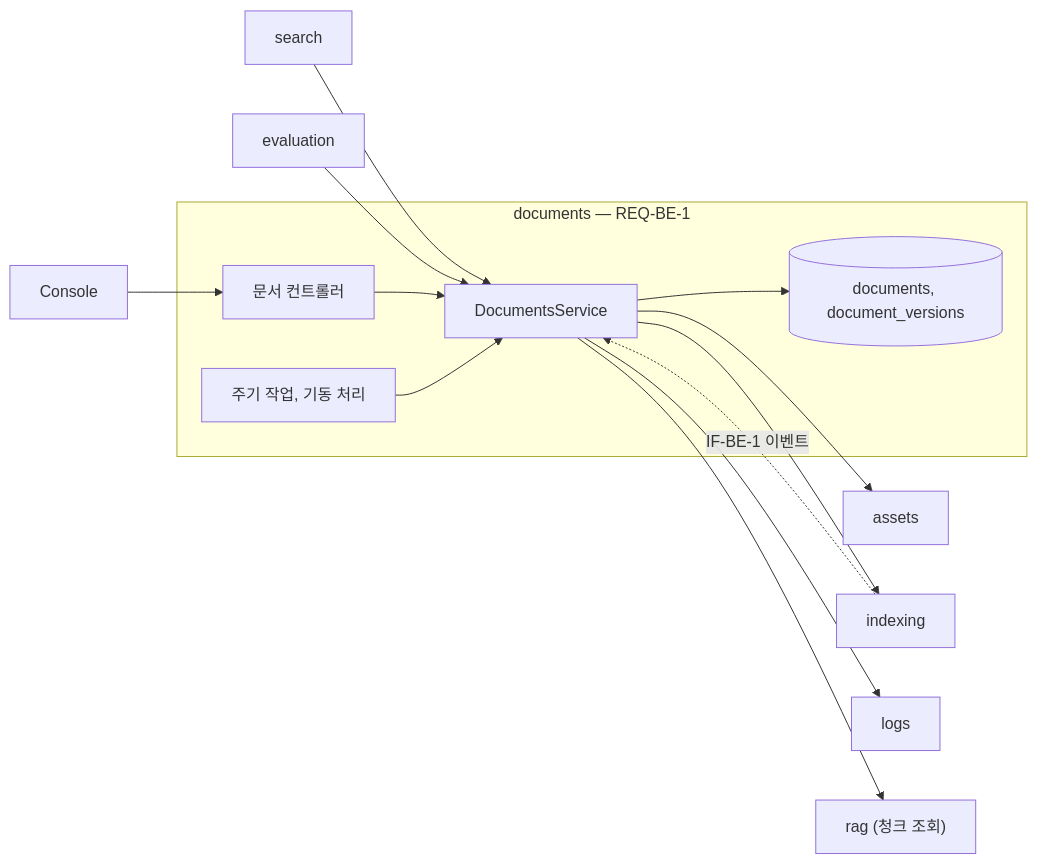
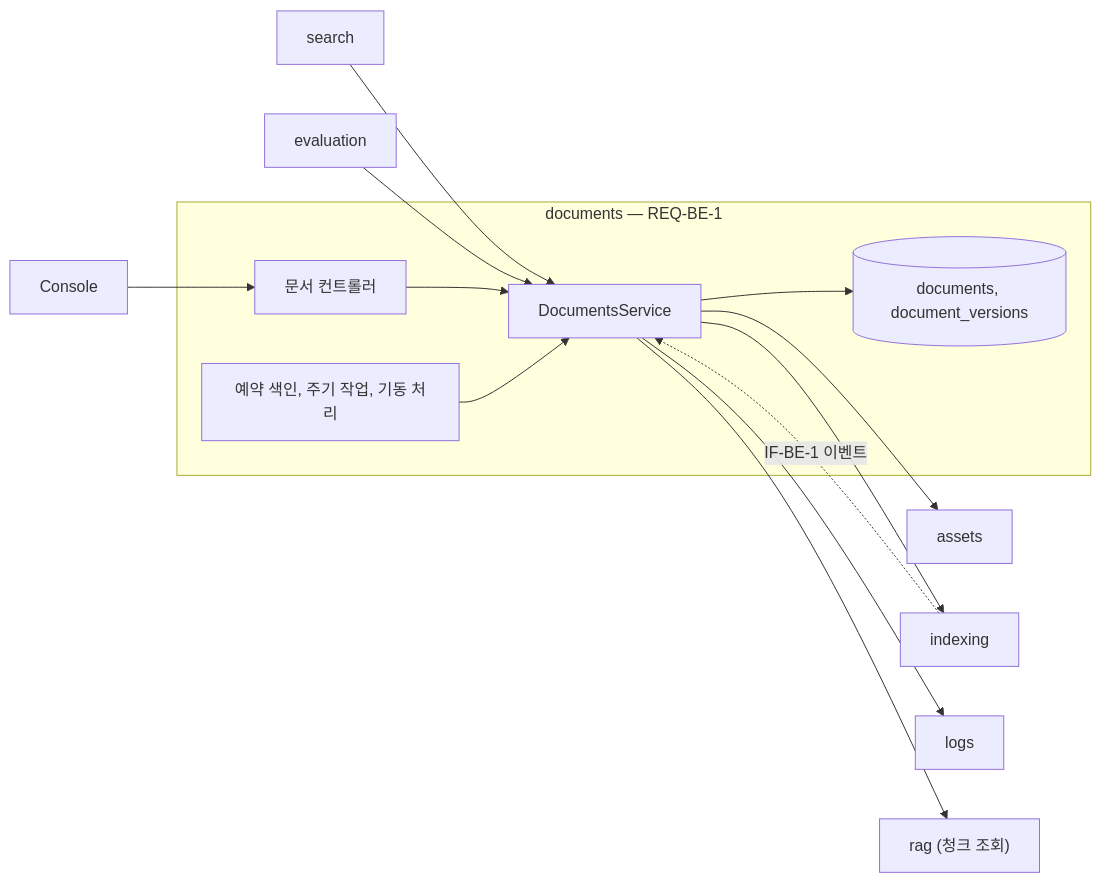
Before and after one commit to victor7-aquila/minerva: the first of 3 diagrams in apps/backend/src/documents/MODULE.md, drawn with Mermaid. The commit also changed other lines of this file and 17 other files, not shown here.

````diff
--- a/apps/backend/src/documents/MODULE.md
+++ b/apps/backend/src/documents/MODULE.md
@@ -66,17 +69,17 @@
 ```mermaid
 flowchart LR
     Console["Console"] --> Ctl["문서 컨트롤러"]
     Search["search"] --> Svc
     Evaluation["evaluation"] --> Svc
     subgraph Boundary["documents — REQ-BE-1"]
         Ctl --> Svc["DocumentsService"]
-        Jobs["주기 작업, 기동 처리"] --> Svc
+        Jobs["예약 색인, 주기 작업, 기동 처리"] --> Svc
         Coll[("documents, document_versions")]
     end
     Svc --> Coll
     Svc --> Assets["assets"]
     Svc --> Indexing["indexing"]
     Svc --> Logs["logs"]
     Svc --> Rag["rag (청크 조회)"]
     Indexing -.->|IF-BE-1 이벤트| Svc
 ```
````
